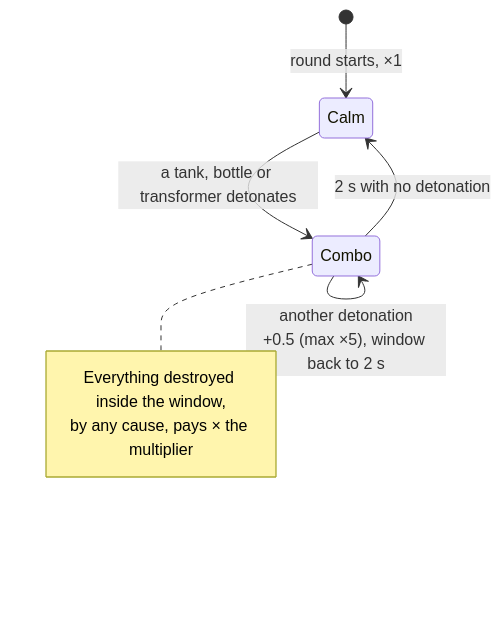
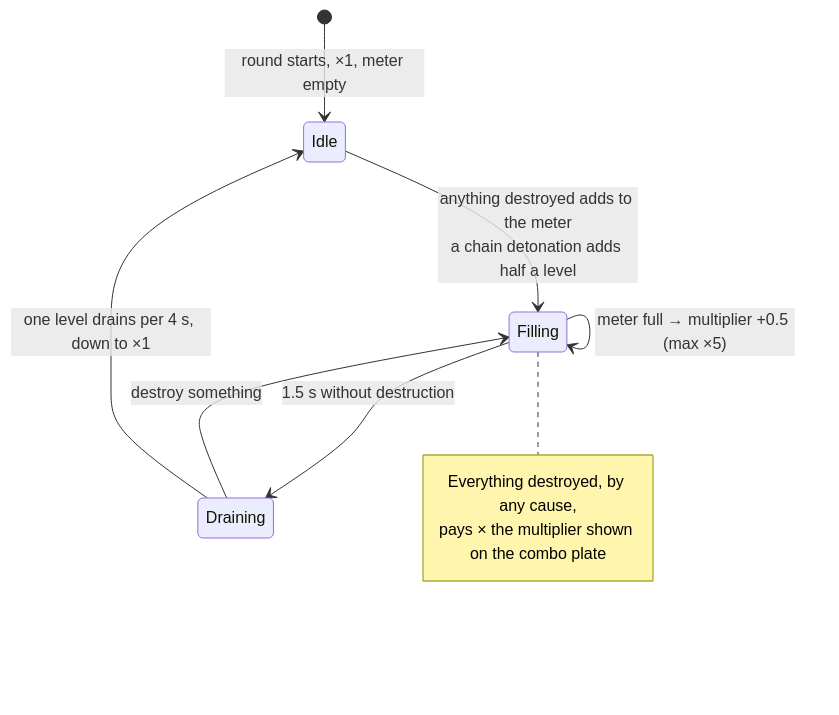
The fifth of 7 diagrams in docs/PLAYER-FLOW.md (chesterbait88/Sandbox), drawn with Mermaid before and after one commit. The commit also changed other lines of this file and 16 other files, not shown here.

First line of the commit message:
hud: combo meter plate, leveled rewards, smaller ammo plate with a C4 pip column

````diff
--- a/docs/PLAYER-FLOW.md
+++ b/docs/PLAYER-FLOW.md
@@ -114,11 +118,13 @@
 ```mermaid
 stateDiagram-v2
-    [*] --> Calm: round starts, ×1
-    Calm --> Combo: a tank, bottle or transformer detonates
-    Combo --> Combo: another detonation<br/>+0.5 (max ×5), window back to 2 s
-    Combo --> Calm: 2 s with no detonation
-    note right of Combo
-        Everything destroyed inside the window,
-        by any cause, pays × the multiplier
+    [*] --> Idle: round starts, ×1, meter empty
+    Idle --> Filling: anything destroyed adds to the meter<br/>a chain detonation adds half a level
+    Filling --> Filling: meter full → multiplier +0.5 (max ×5)
+    Filling --> Draining: 1.5 s without destruction
+    Draining --> Filling: destroy something
+    Draining --> Idle: one level drains per 4 s, down to ×1
+    note right of Filling
+        Everything destroyed, by any cause,
+        pays × the multiplier shown on the combo plate
     end note
 ```
````
